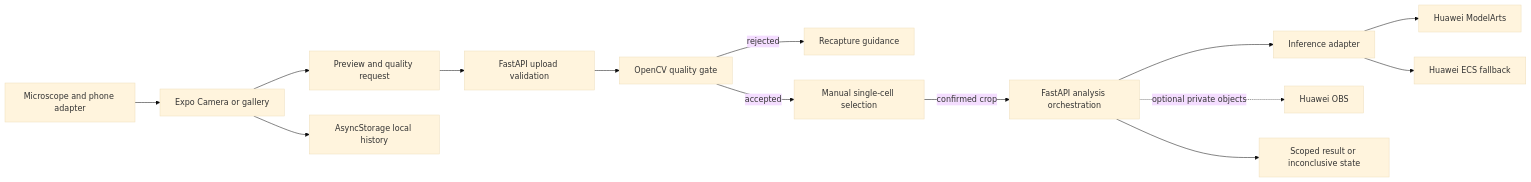
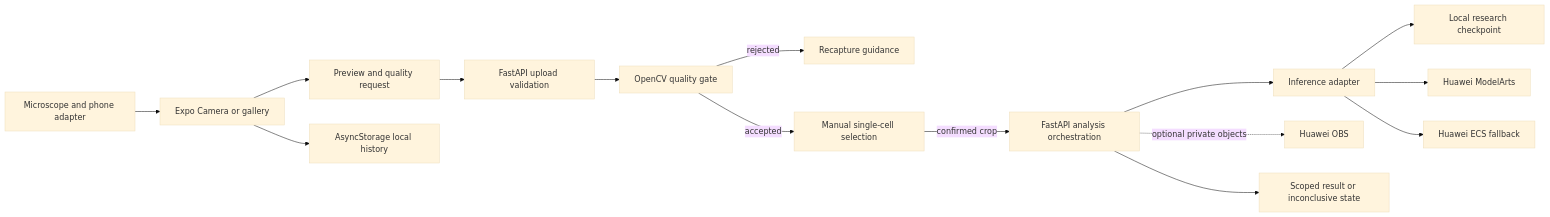
Before and after one commit to JIDIIII/HemoScopeAI: the diagram in docs/ARCHITECTURE.md, drawn with Mermaid (base theme). The commit also changed other lines of this file and 90 other files, not shown here.

````diff
--- a/docs/ARCHITECTURE.md
+++ b/docs/ARCHITECTURE.md
@@ -5,16 +5,17 @@
 ```mermaid
 flowchart LR
   microscope[Microscope and phone adapter] --> capture[Expo Camera or gallery]
   capture --> preview[Preview and quality request]
   preview --> api[FastAPI upload validation]
   api --> quality[OpenCV quality gate]
   quality -->|rejected| retake[Recapture guidance]
   quality -->|accepted| select[Manual single-cell selection]
   select -->|confirmed crop| analyze[FastAPI analysis orchestration]
   analyze --> adapter[Inference adapter]
+  adapter --> localmodel[Local research checkpoint]
   adapter --> modelarts[Huawei ModelArts]
   adapter --> ecs[Huawei ECS fallback]
   analyze -. optional private objects .-> obs[Huawei OBS]
   capture --> local[AsyncStorage local history]
   analyze --> result[Scoped result or inconclusive state]
 ```
````
